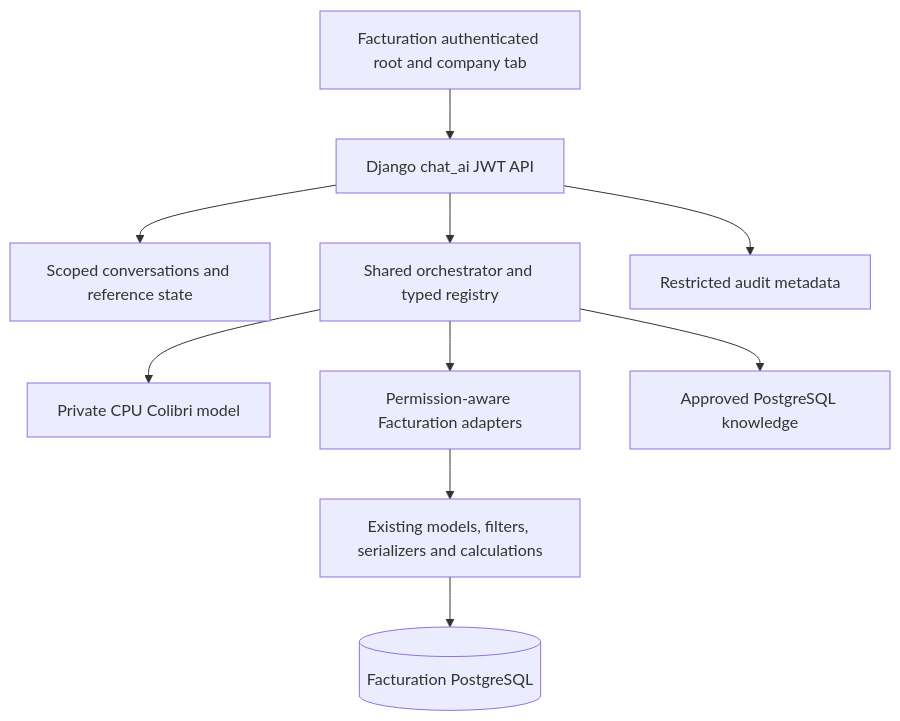
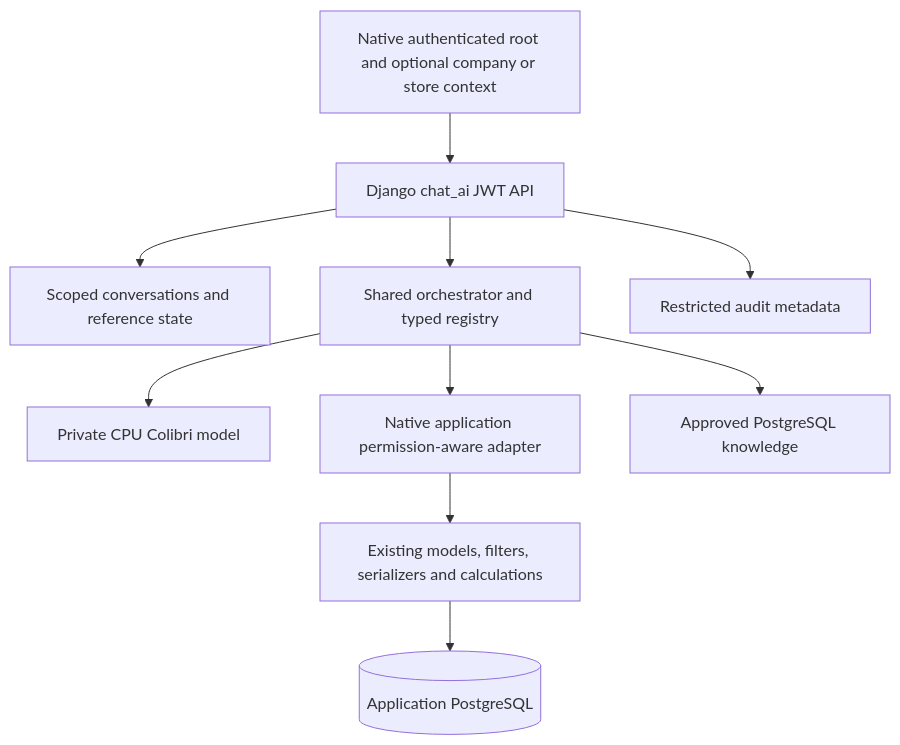
One commit to Altroo/facturation_backend changed the diagram in assistant/docs/AI_ARCHITECTURE.md. Above: the diagram before and after it, drawn with Mermaid. The commit also changed other lines of this file and 380 other files, not shown here.

````diff
--- a/assistant/docs/AI_ARCHITECTURE.md
+++ b/assistant/docs/AI_ARCHITECTURE.md
@@ -15,12 +15,12 @@
 ```mermaid
 flowchart TD
-  UI[Facturation authenticated root and company tab] --> API[Django chat_ai JWT API]
+  UI[Native authenticated root and optional company or store context] --> API[Django chat_ai JWT API]
   API --> History[Scoped conversations and reference state]
   API --> Core[Shared orchestrator and typed registry]
   Core --> Model[Private CPU Colibri model]
-  Core --> Tools[Permission-aware Facturation adapters]
+  Core --> Tools[Native application permission-aware adapter]
   Core --> RAG[Approved PostgreSQL knowledge]
   Tools --> Existing[Existing models, filters, serializers and calculations]
-  Existing --> DB[(Facturation PostgreSQL)]
+  Existing --> DB[(Application PostgreSQL)]
   API --> Audit[Restricted audit metadata]
 ```
````
